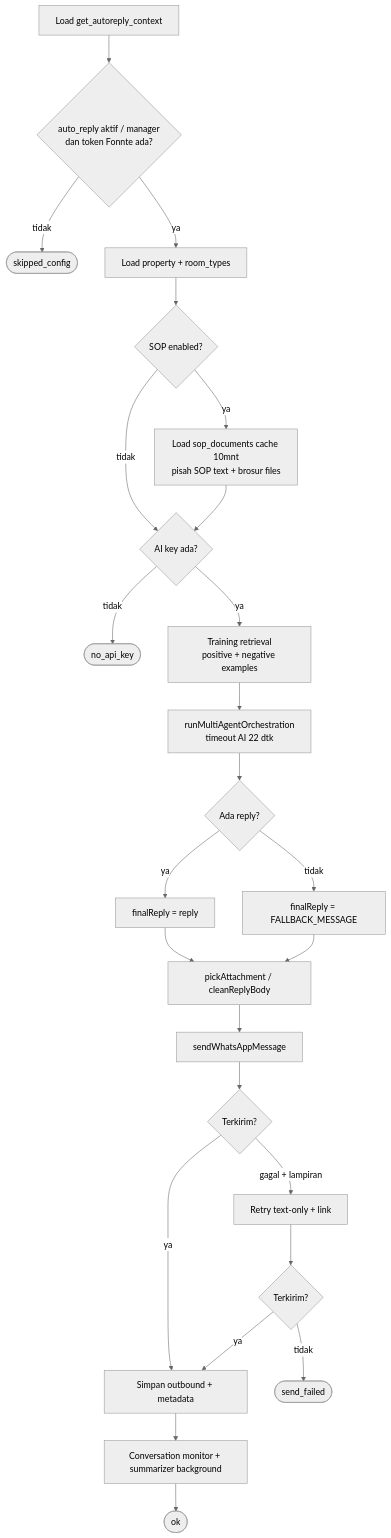
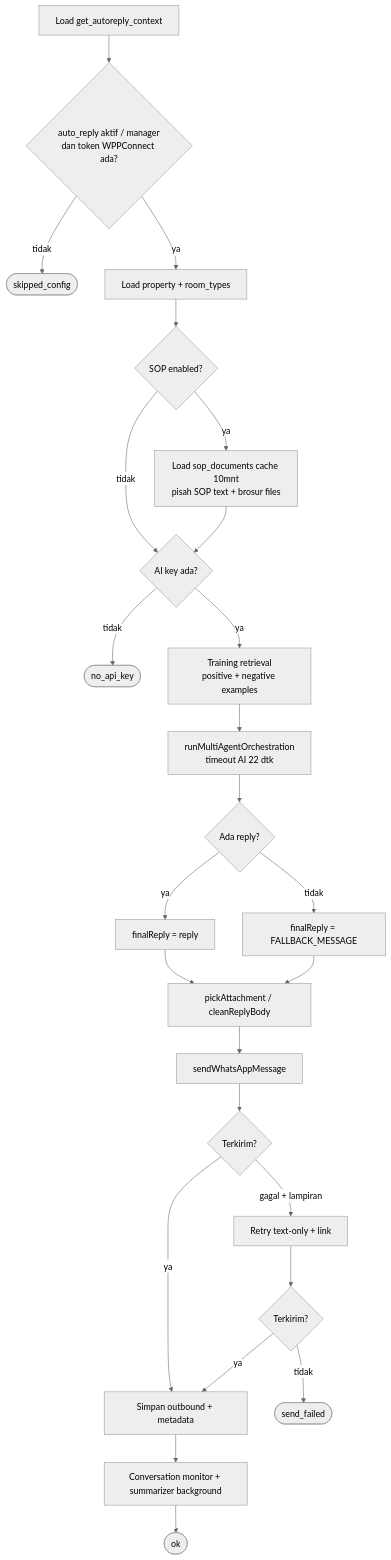
The third of 6 diagrams in docs/chatbot-flow.md (pomahguesthouse-cyber/new-pomah), drawn with Mermaid (neutral theme) before and after one commit. The commit also changed other lines of this file and 1 other file, not shown here.

````diff
--- a/docs/chatbot-flow.md
+++ b/docs/chatbot-flow.md
@@ -75,27 +75,27 @@
 ```mermaid
 flowchart TD
-    A[Load get_autoreply_context] --> B{auto_reply aktif / manager<br/>dan token Fonnte ada?}
+    A[Load get_autoreply_context] --> B{auto_reply aktif / manager<br/>dan token WPPConnect ada?}
     B -- tidak --> X1([skipped_config])
     B -- ya --> C[Load property + room_types]
     C --> D{SOP enabled?}
     D -- ya --> E[Load sop_documents cache 10mnt<br/>pisah SOP text + brosur files]
     D -- tidak --> F
     E --> F{AI key ada?}
     F -- tidak --> X2([no_api_key])
     F -- ya --> G[Training retrieval<br/>positive + negative examples]
     G --> H[runMultiAgentOrchestration<br/>timeout AI 22 dtk]
     H --> I{Ada reply?}
     I -- ya --> J[finalReply = reply]
     I -- tidak --> K[finalReply = FALLBACK_MESSAGE]
     J --> L[pickAttachment / cleanReplyBody]
     K --> L
     L --> M[sendWhatsAppMessage]
     M --> N{Terkirim?}
     N -- gagal + lampiran --> O[Retry text-only + link]
     O --> P{Terkirim?}
     N -- ya --> Q[Simpan outbound + metadata]
     P -- ya --> Q
     P -- tidak --> X3([send_failed])
     Q --> R[Conversation monitor + summarizer background]
     R --> OK([ok])
 ```
````
